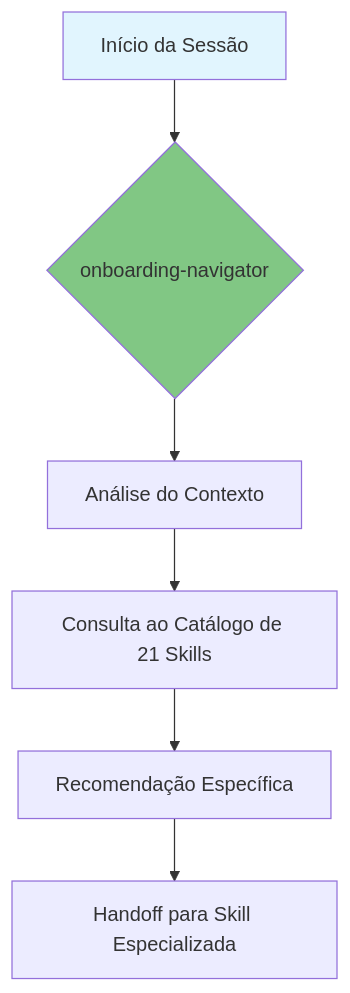
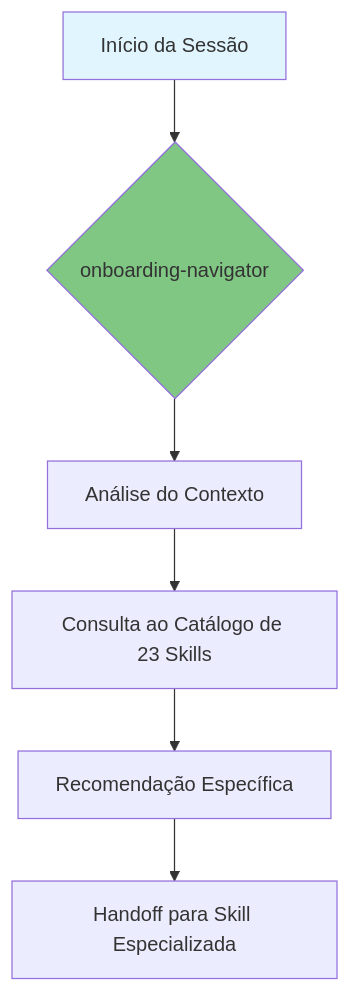
Before and after one commit to KlebersonCollab/skills: the diagram in onboarding-navigator/SKILL.md, drawn with Mermaid. The commit also changed other lines of this file and 3 other files, not shown here.

````diff
--- a/onboarding-navigator/SKILL.md
+++ b/onboarding-navigator/SKILL.md
@@ -57,12 +57,12 @@
 ```mermaid
 flowchart TD
     Start[Início da Sessão] --> Onboarding{onboarding-navigator}
     
     Onboarding --> Analise[Análise do Contexto]
-    Analise --> Catálogo[Consulta ao Catálogo de 21 Skills]
+    Analise --> Catálogo[Consulta ao Catálogo de 23 Skills]
     Catálogo --> Recomendação[Recomendação Específica]
     Recomendação --> Handoff[Handoff para Skill Especializada]
     
     style Start fill:#e1f5fe
     style Onboarding fill:#81c784
 ```
````
